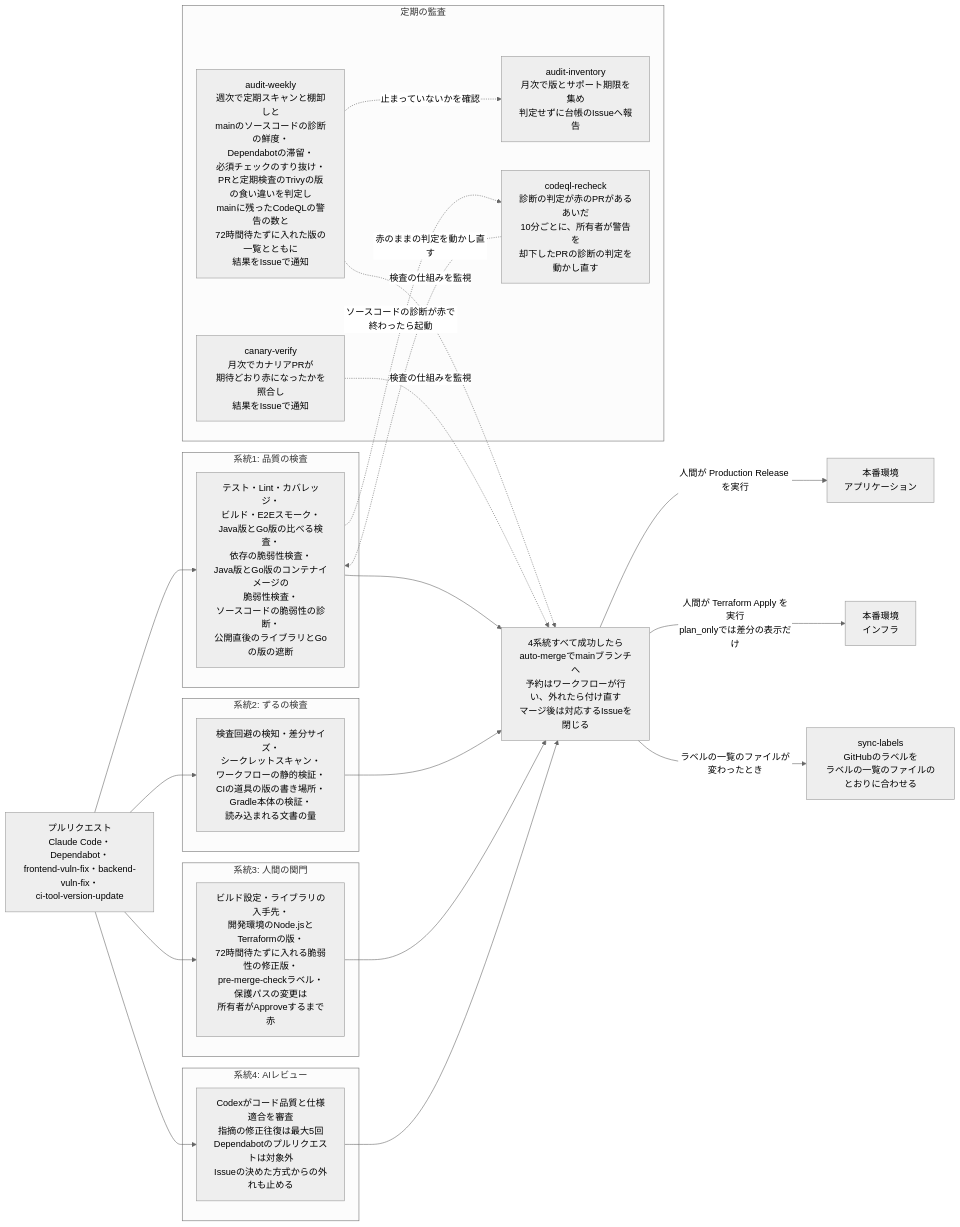
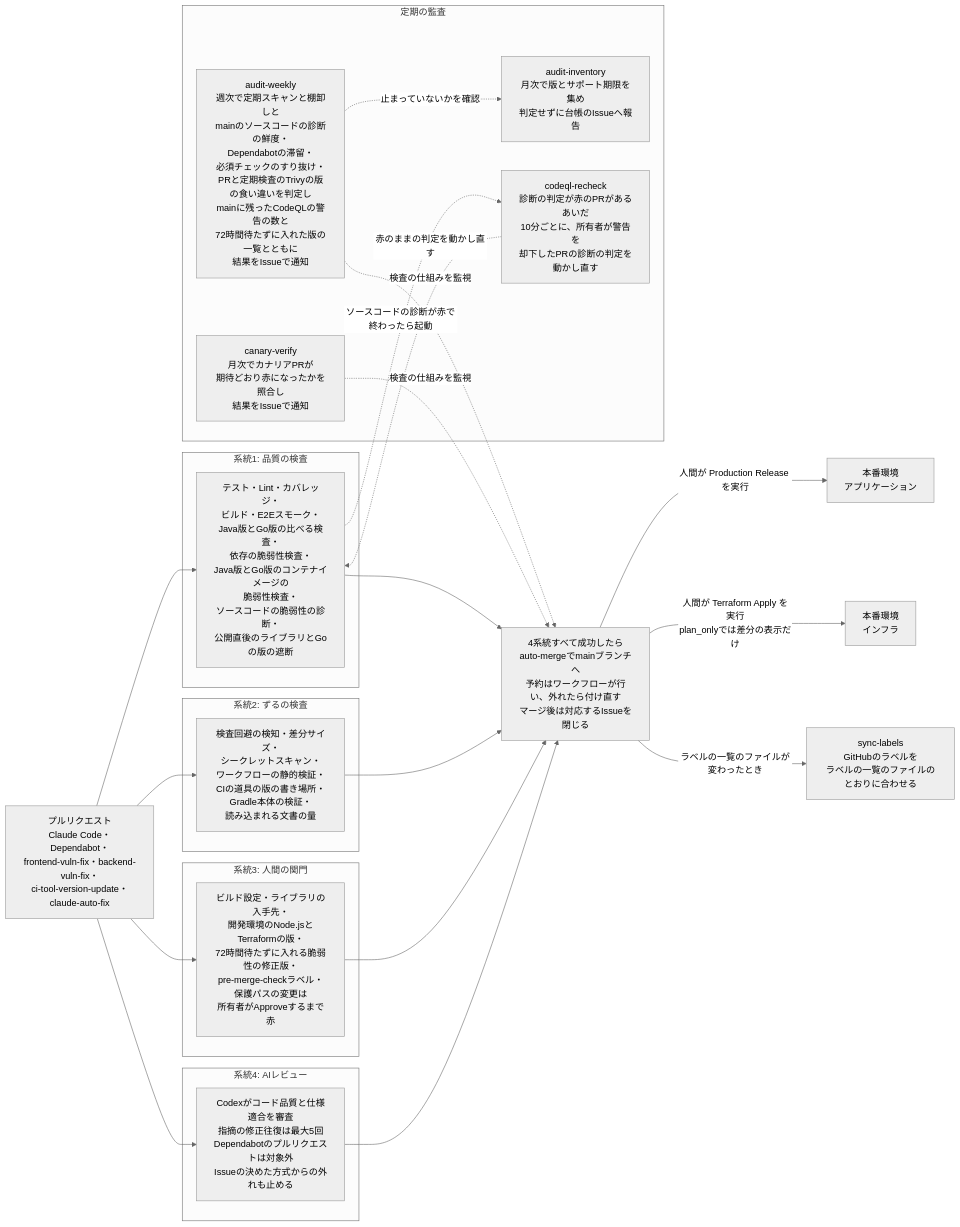
The first of 2 diagrams in README.md (DogisRiki/KeirekiPro), drawn with Mermaid (neutral theme) before and after one commit. The commit also changed other lines of this file and 1 other file, not shown here.

First line of the commit message:
docs(claude-auto-fix-unresolved-alerts): README に Claude に直させる2つのワークフローを載せる

````diff
--- a/README.md
+++ b/README.md
@@ -53,40 +53,40 @@
 ```mermaid
 flowchart LR
-    PR[プルリクエスト<br>Claude Code・Dependabot・<br>frontend-vuln-fix・backend-vuln-fix・<br>ci-tool-version-update]
+    PR[プルリクエスト<br>Claude Code・Dependabot・<br>frontend-vuln-fix・backend-vuln-fix・<br>ci-tool-version-update・<br>claude-auto-fix]
 
     subgraph s1[系統1: 品質の検査]
         Q[テスト・Lint・カバレッジ・<br>ビルド・E2Eスモーク・<br>Java版とGo版の比べる検査・<br>依存の脆弱性検査・<br>Java版とGo版のコンテナイメージの<br>脆弱性検査・<br>ソースコードの脆弱性の診断・<br>公開直後のライブラリとGoの版の遮断]
     end
     subgraph s2[系統2: ずるの検査]
         Z[検査回避の検知・差分サイズ・<br>シークレットスキャン・<br>ワークフローの静的検証・<br>CIの道具の版の書き場所・<br>Gradle本体の検証・<br>読み込まれる文書の量]
     end
     subgraph s3[系統3: 人間の関門]
         H[ビルド設定・ライブラリの入手先・<br>開発環境のNode.jsとTerraformの版・<br>72時間待たずに入れる脆弱性の修正版・<br>pre-merge-checkラベル・保護パスの変更は<br>所有者がApproveするまで赤]
     end
     subgraph s4[系統4: AIレビュー]
         A[Codexがコード品質と仕様適合を審査<br>指摘の修正往復は最大5回<br>Dependabotのプルリクエストは対象外<br>Issueの決めた方式からの外れも止める]
     end
 
     PR --> Q
     PR --> Z
     PR --> H
     PR --> A
 
     Q & Z & H & A --> M[4系統すべて成功したら<br>auto-mergeでmainブランチへ<br>予約はワークフローが行い、外れたら付け直す<br>マージ後は対応するIssueを閉じる]
 
     M -->|人間が Production Release を実行| App[本番環境<br>アプリケーション]
     M -->|人間が Terraform Apply を実行<br>plan_onlyでは差分の表示だけ| Infra[本番環境<br>インフラ]
     M -->|ラベルの一覧のファイルが変わったとき| Labels[sync-labels<br>GitHubのラベルを<br>ラベルの一覧のファイルのとおりに合わせる]
 
     subgraph s5[定期の監査]
         AW[audit-weekly<br>週次で定期スキャンと棚卸しと<br>mainのソースコードの診断の鮮度・<br>Dependabotの滞留・<br>必須チェックのすり抜け・<br>PRと定期検査のTrivyの版の食い違いを判定し<br>mainに残ったCodeQLの警告の数と<br>72時間待たずに入れた版の一覧とともに<br>結果をIssueで通知]
         CV[canary-verify<br>月次でカナリアPRが<br>期待どおり赤になったかを照合し<br>結果をIssueで通知]
         AI[audit-inventory<br>月次で版とサポート期限を集め<br>判定せずに台帳のIssueへ報告]
         CR[codeql-recheck<br>診断の判定が赤のPRがあるあいだ<br>10分ごとに、所有者が警告を<br>却下したPRの診断の判定を<br>動かし直す]
     end
 
     AW & CV -.検査の仕組みを監視.-> M
     AW -.止まっていないかを確認.-> AI
     Q -.ソースコードの診断が赤で終わったら起動.-> CR
     CR -.赤のままの判定を動かし直す.-> Q
 ```
````
